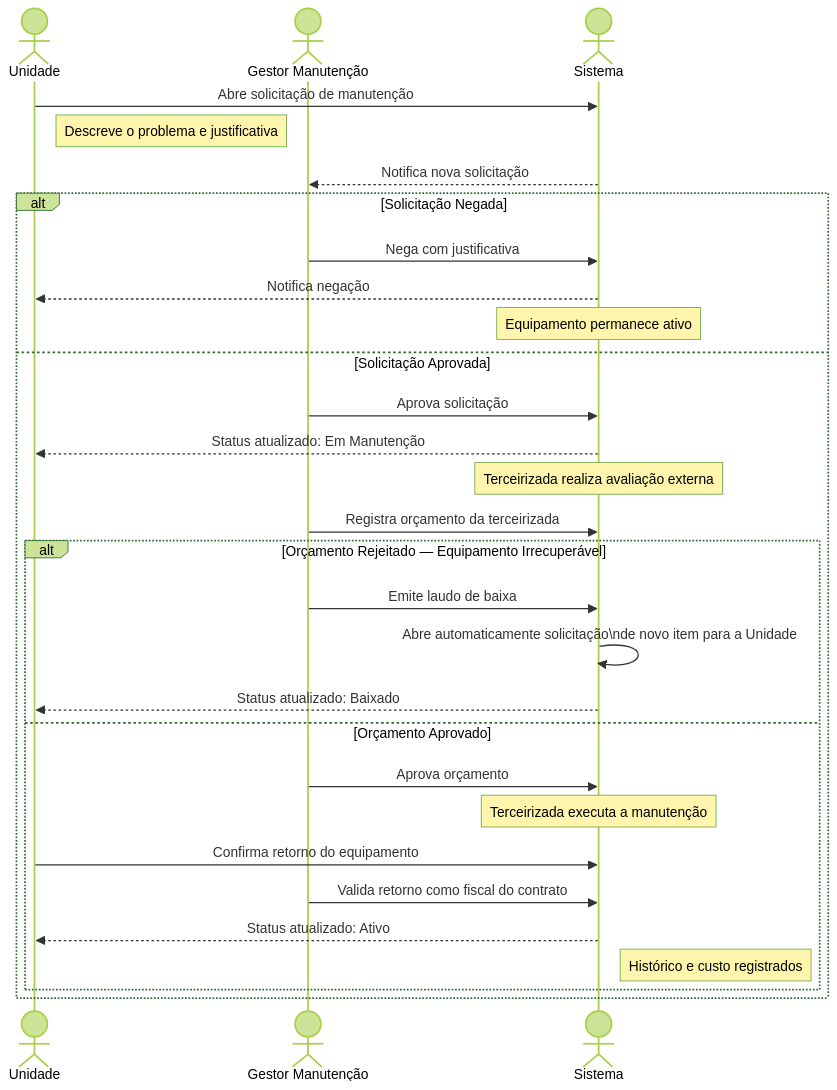
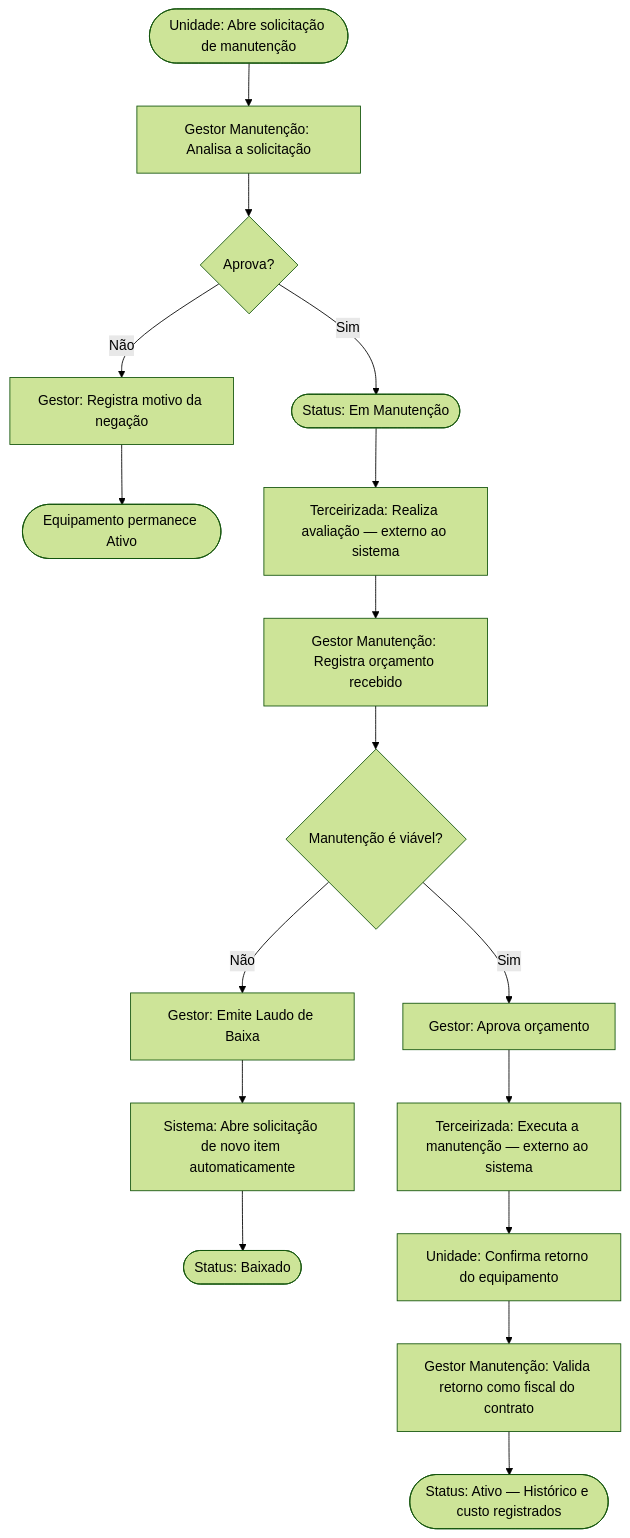
Before and after one commit to victor-moy/gestao-patrimonio: the second of 6 diagrams in documentation/RFC-V1.md, drawn with Mermaid (forest theme).

Commit message:
ajuste formatacao fluxograma

````diff
--- a/documentation/RFC-V1.md
+++ b/documentation/RFC-V1.md
@@ -489,34 +489,24 @@
 ```mermaid
-sequenceDiagram
-    actor Unidade
-    actor GestorManutenção as Gestor Manutenção
-    actor Sistema
+flowchart TD
+    A([Unidade: Abre solicitação de manutenção]) --> B
+    B[Gestor Manutenção: Analisa a solicitação]
+    B --> C{Aprova?}
 
-    Unidade->>Sistema: Abre solicitação de manutenção
-    Note right of Unidade: Descreve o problema e justificativa
-    Sistema-->>GestorManutenção: Notifica nova solicitação
+    C -->|Não| D[Gestor: Registra motivo da negação]
+    D --> E([Equipamento permanece Ativo])
 
-    alt Solicitação Negada
-        GestorManutenção->>Sistema: Nega com justificativa
-        Sistema-->>Unidade: Notifica negação
-        Note over Sistema: Equipamento permanece ativo
-    else Solicitação Aprovada
-        GestorManutenção->>Sistema: Aprova solicitação
-        Sistema-->>Unidade: Status atualizado: Em Manutenção
-        Note over Sistema: Terceirizada realiza avaliação externa
-        GestorManutenção->>Sistema: Registra orçamento da terceirizada
+    C -->|Sim| F([Status: Em Manutenção])
+    F --> G[Terceirizada: Realiza avaliação — externo ao sistema]
+    G --> H[Gestor Manutenção: Registra orçamento recebido]
+    H --> I{Manutenção é viável?}
 
-        alt Orçamento Rejeitado — Equipamento Irrecuperável
-            GestorManutenção->>Sistema: Emite laudo de baixa
-            Sistema->>Sistema: Abre automaticamente solicitação\nde novo item para a Unidade
-            Sistema-->>Unidade: Status atualizado: Baixado
-        else Orçamento Aprovado
-            GestorManutenção->>Sistema: Aprova orçamento
-            Note over Sistema: Terceirizada executa a manutenção
-            Unidade->>Sistema: Confirma retorno do equipamento
-            GestorManutenção->>Sistema: Valida retorno como fiscal do contrato
-            Sistema-->>Unidade: Status atualizado: Ativo
-            Note right of Sistema: Histórico e custo registrados
-        end
-    end
+    I -->|Não| J[Gestor: Emite Laudo de Baixa]
+    J --> K[Sistema: Abre solicitação de novo item automaticamente]
+    K --> L([Status: Baixado])
+
+    I -->|Sim| M[Gestor: Aprova orçamento]
+    M --> N[Terceirizada: Executa a manutenção — externo ao sistema]
+    N --> O[Unidade: Confirma retorno do equipamento]
+    O --> P[Gestor Manutenção: Valida retorno como fiscal do contrato]
+    P --> Q([Status: Ativo — Histórico e custo registrados])
 ```
````
